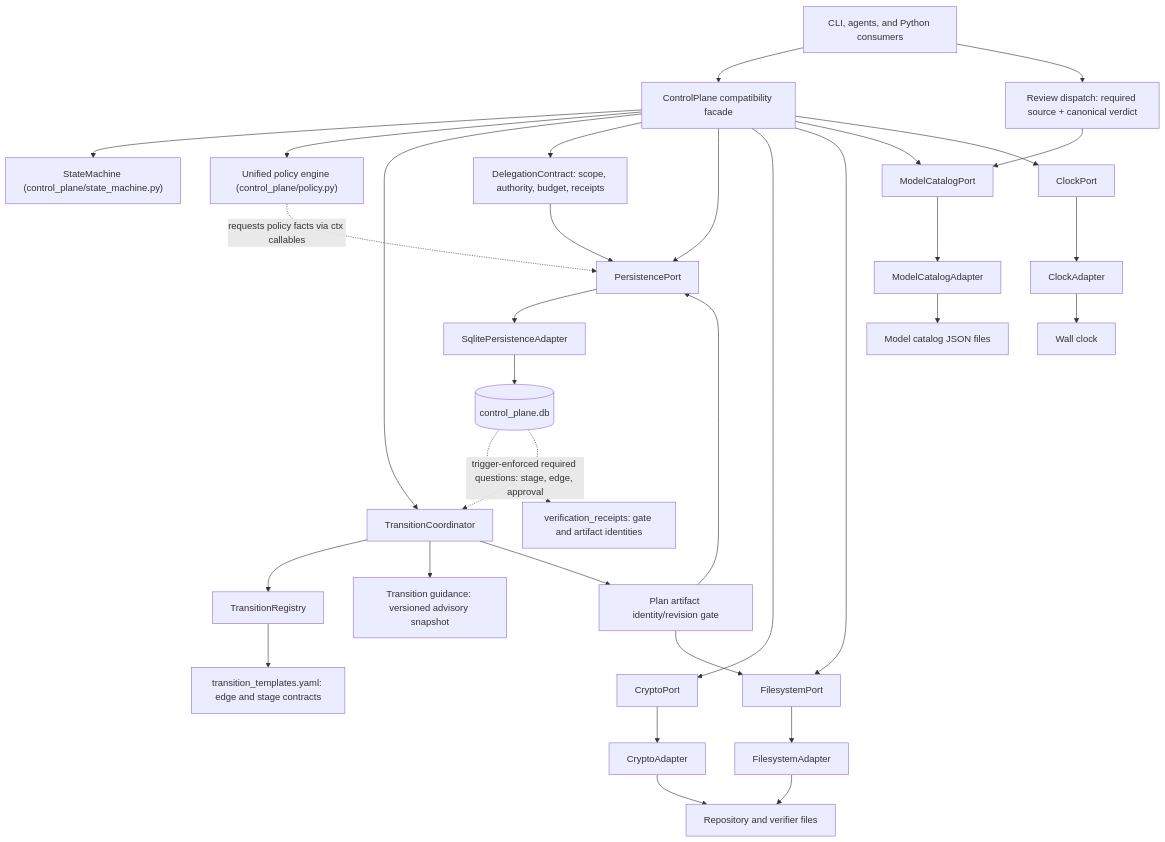
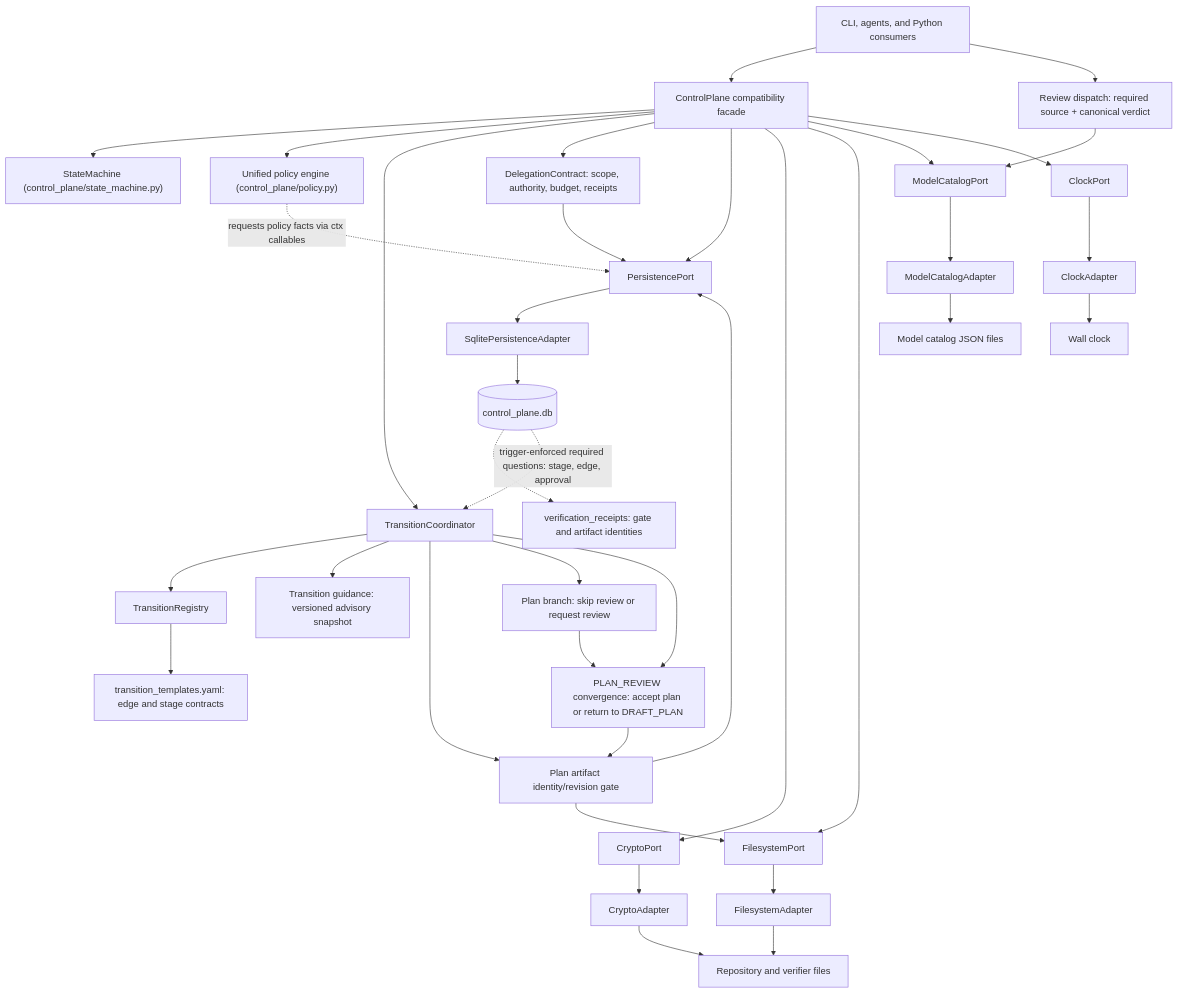
Before and after one commit to richfrem/agent-plugins-skills: the diagram in docs/diagrams/control-plane-architecture.mermaid, drawn with Mermaid. The commit also changed 40 other files, not shown here.

Commit message:
fix(control-plane): enforce worktree preflight and review flow (#577)

```diff
--- a/docs/diagrams/control-plane-architecture.mermaid
+++ b/docs/diagrams/control-plane-architecture.mermaid
@@ -1,68 +1,74 @@
 flowchart TB
     Callers["CLI, agents, and Python consumers"]
     Facade["ControlPlane compatibility facade"]
     Coordinator["TransitionCoordinator"]
     Registry["TransitionRegistry"]
     Templates["transition_templates.yaml: edge and stage contracts"]
     Guidance["Transition guidance: versioned advisory snapshot"]
     ArtifactGate["Plan artifact identity/revision gate"]
     Delegation["DelegationContract: scope, authority, budget, receipts"]
     ReviewDispatch["Review dispatch: required source + canonical verdict"]
+    PlanBranch["Plan branch: skip review or request review"]
+    PlanAcceptance["PLAN_REVIEW convergence: accept plan or return to DRAFT_PLAN"]
 
     State["StateMachine (control_plane/state_machine.py)"]
     Policy["Unified policy engine (control_plane/policy.py)"]
 
     PersistencePort["PersistencePort"]
     CryptoPort["CryptoPort"]
     FilesystemPort["FilesystemPort"]
     ModelPort["ModelCatalogPort"]
     ClockPort["ClockPort"]
 
     SQLiteAdapter["SqlitePersistenceAdapter"]
     CryptoAdapter["CryptoAdapter"]
     FilesystemAdapter["FilesystemAdapter"]
     ModelAdapter["ModelCatalogAdapter"]
     ClockAdapter["ClockAdapter"]
 
     DB[(control_plane.db)]
     Receipts["verification_receipts: gate and artifact identities"]
     RepoFiles["Repository and verifier files"]
     CatalogFiles["Model catalog JSON files"]
     Clock["Wall clock"]
 
     Callers --> Facade
 
     Facade --> State
     Facade --> Policy
     Facade --> Coordinator
     Coordinator --> Registry
     Coordinator --> Guidance
     Coordinator --> ArtifactGate
+    Coordinator --> PlanBranch
+    Coordinator --> PlanAcceptance
     Facade --> Delegation
     Callers --> ReviewDispatch
     Facade --> PersistencePort
     Facade --> CryptoPort
     Facade --> FilesystemPort
     Facade --> ModelPort
     Facade --> ClockPort
 
     Policy -.->|"requests policy facts via ctx callables"| PersistencePort
     Registry --> Templates
 
     PersistencePort --> SQLiteAdapter
     CryptoPort --> CryptoAdapter
     FilesystemPort --> FilesystemAdapter
     ModelPort --> ModelAdapter
     ClockPort --> ClockAdapter
 
     SQLiteAdapter --> DB
     Delegation --> PersistencePort
     ReviewDispatch --> ModelPort
+    PlanBranch --> PlanAcceptance
+    PlanAcceptance --> ArtifactGate
     ArtifactGate --> FilesystemPort
     ArtifactGate --> PersistencePort
     DB -.-> Receipts
     DB -.->|"trigger-enforced required questions: stage, edge, approval"| Coordinator
     CryptoAdapter --> RepoFiles
     FilesystemAdapter --> RepoFiles
     ModelAdapter --> CatalogFiles
     ClockAdapter --> Clock
```
